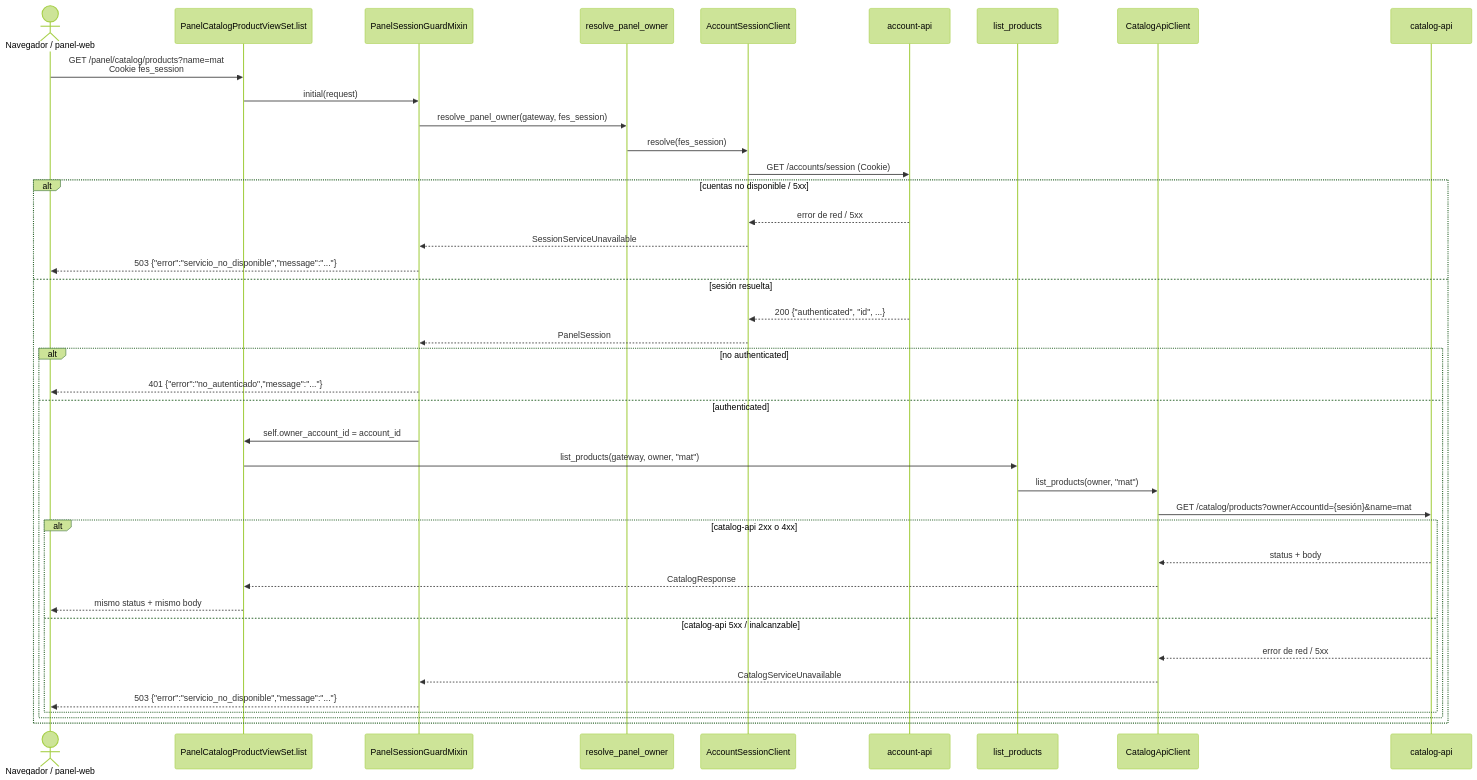
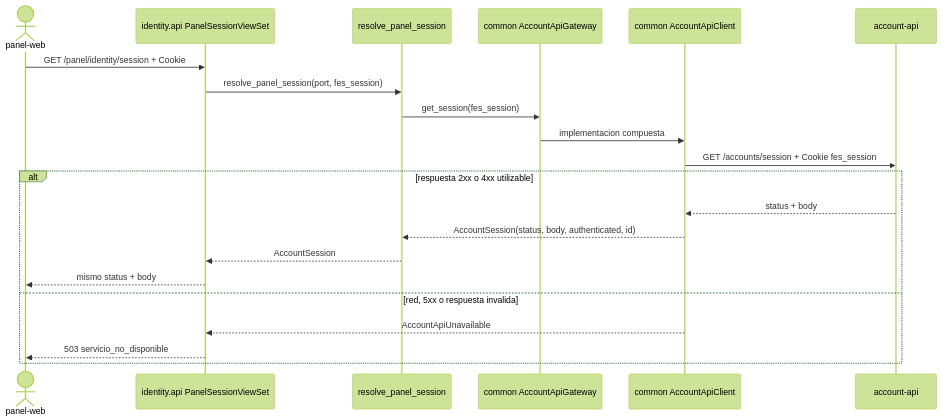
One commit to Dariosoft/fes-panel-api changed the third of 5 diagrams in specs/002-feat-panel-catalog-frontier/uml.md. Above: the diagram before and after it, drawn with Mermaid (forest theme). The commit also changed other lines of this file and 69 other files, not shown here.

````diff
--- a/specs/002-feat-panel-catalog-frontier/uml.md
+++ b/specs/002-feat-panel-catalog-frontier/uml.md
@@ -283,43 +179,24 @@
 ```mermaid
 sequenceDiagram
-  actor Browser as Navegador / panel-web
-  participant View as PanelCatalogProductViewSet.list
-  participant Guard as PanelSessionGuardMixin
-  participant Session as resolve_panel_owner
-  participant SessionClient as AccountSessionClient
+  actor Browser as panel-web
+  participant View as identity.api PanelSessionViewSet
+  participant UC as resolve_panel_session
+  participant Port as common AccountApiGateway
+  participant Client as common AccountApiClient
   participant Accounts as account-api
-  participant UC as list_products
-  participant CatalogClient as CatalogApiClient
-  participant Catalog as catalog-api
 
-  Browser->>View: GET /panel/catalog/products?name=mat<br/>Cookie fes_session
-  View->>Guard: initial(request)
-  Guard->>Session: resolve_panel_owner(gateway, fes_session)
-  Session->>SessionClient: resolve(fes_session)
-  SessionClient->>Accounts: GET /accounts/session (Cookie)
-  alt cuentas no disponible / 5xx
-    Accounts-->>SessionClient: error de red / 5xx
-    SessionClient-->>Guard: SessionServiceUnavailable
-    Guard-->>Browser: 503 {"error":"servicio_no_disponible","message":"..."}
-  else sesión resuelta
-    Accounts-->>SessionClient: 200 {"authenticated", "id", ...}
-    SessionClient-->>Guard: PanelSession
-    alt no authenticated
-      Guard-->>Browser: 401 {"error":"no_autenticado","message":"..."}
-    else authenticated
-      Guard->>View: self.owner_account_id = account_id
-      View->>UC: list_products(gateway, owner, "mat")
-      UC->>CatalogClient: list_products(owner, "mat")
-      CatalogClient->>Catalog: GET /catalog/products?ownerAccountId={sesión}&name=mat
-      alt catalog-api 2xx o 4xx
-        Catalog-->>CatalogClient: status + body
-        CatalogClient-->>View: CatalogResponse
-        View-->>Browser: mismo status + mismo body
-      else catalog-api 5xx / inalcanzable
-        Catalog-->>CatalogClient: error de red / 5xx
-        CatalogClient-->>Guard: CatalogServiceUnavailable
-        Guard-->>Browser: 503 {"error":"servicio_no_disponible","message":"..."}
-      end
-    end
+  Browser->>View: GET /panel/identity/session + Cookie
+  View->>UC: resolve_panel_session(port, fes_session)
+  UC->>Port: get_session(fes_session)
+  Port->>Client: implementacion compuesta
+  Client->>Accounts: GET /accounts/session + Cookie fes_session
+  alt respuesta 2xx o 4xx utilizable
+    Accounts-->>Client: status + body
+    Client-->>UC: AccountSession(status, body, authenticated, id)
+    UC-->>View: AccountSession
+    View-->>Browser: mismo status + body
+  else red, 5xx o respuesta invalida
+    Client-->>View: AccountApiUnavailable
+    View-->>Browser: 503 servicio_no_disponible
   end
 ```
````
